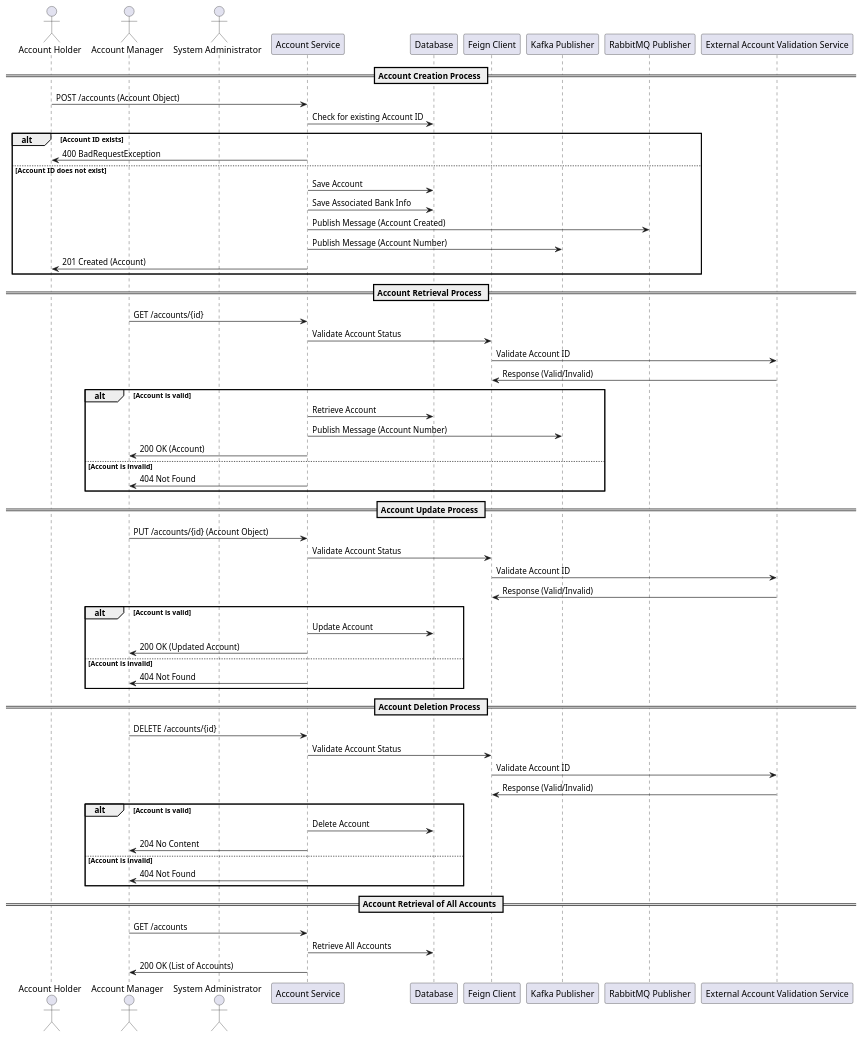
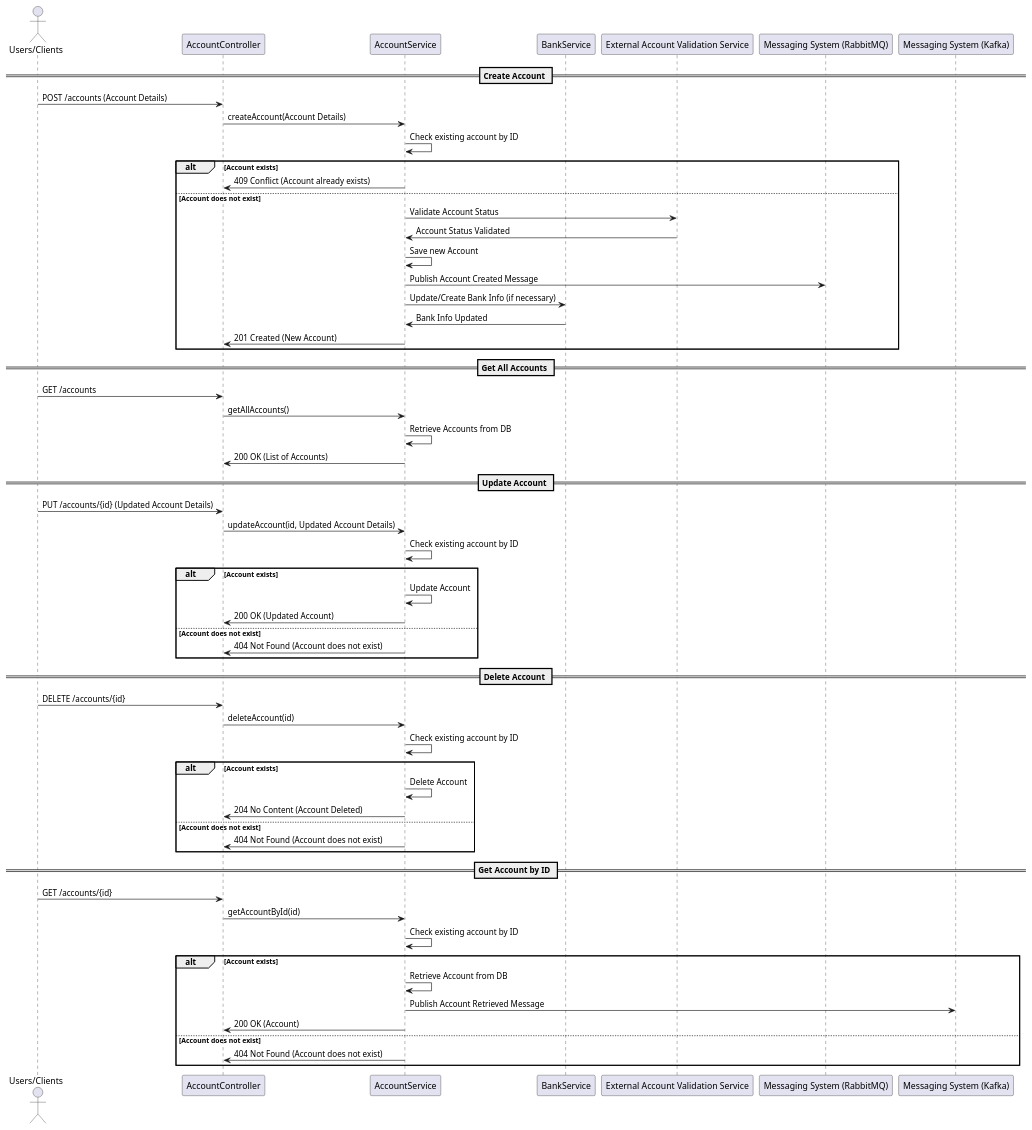
The diagram in design_document/Account_service.md (Bhaskar-Pavan/AccountService), drawn with PlantUML before and after one commit. The commit also changed other lines of this file, not shown here.

````diff
--- a/design_document/Account_service.md
+++ b/design_document/Account_service.md
@@ -39,69 +47,68 @@
 ```plantuml
 @startuml
-actor "Account Holder" as AH
-actor "Account Manager" as AM
-actor "System Administrator" as SA
-participant "Account Service" as AS
-participant "Database" as DB
-participant "Feign Client" as FC
-participant "Kafka Publisher" as KP
-participant "RabbitMQ Publisher" as RP
+actor User as "Users/Clients"
+participant "AccountController" as AC
+participant "AccountService" as AS
+participant "BankService" as BS
 participant "External Account Validation Service" as EAVS
+participant "Messaging System (RabbitMQ)" as RMQ
+participant "Messaging System (Kafka)" as KAFKA
 
-== Account Creation Process ==
-AH -> AS : POST /accounts (Account Object)
-AS -> DB : Check for existing Account ID
-alt Account ID exists
-    AS -> AH : 400 BadRequestException
-else Account ID does not exist
-    AS -> DB : Save Account
-    AS -> DB : Save Associated Bank Info
-    AS -> RP : Publish Message (Account Created)
-    AS -> KP : Publish Message (Account Number)
-    AS -> AH : 201 Created (Account)
+== Create Account ==
+User -> AC: POST /accounts (Account Details)
+AC -> AS: createAccount(Account Details)
+AS -> AS: Check existing account by ID
+alt Account exists
+    AS -> AC: 409 Conflict (Account already exists)
+else Account does not exist
+    AS -> EAVS: Validate Account Status
+    EAVS -> AS: Account Status Validated
+    AS -> AS: Save new Account
+    AS -> RMQ: Publish Account Created Message
+    AS -> BS: Update/Create Bank Info (if necessary)
+    BS -> AS: Bank Info Updated
+    AS -> AC: 201 Created (New Account)
 end
 
-== Account Retrieval Process ==
-AM -> AS : GET /accounts/{id}
-AS -> FC : Validate Account Status
-FC -> EAVS : Validate Account ID
-EAVS -> FC : Response (Valid/Invalid)
-alt Account is valid
-    AS -> DB : Retrieve Account
-    AS -> KP : Publish Message (Account Number)
-    AS -> AM : 200 OK (Account)
-else Account is invalid
-    AS -> AM : 404 Not Found
+== Get All Accounts ==
+User -> AC: GET /accounts
+AC -> AS: getAllAccounts()
+AS -> AS: Retrieve Accounts from DB
+AS -> AC: 200 OK (List of Accounts)
+
+== Update Account ==
+User -> AC: PUT /accounts/{id} (Updated Account Details)
+AC -> AS: updateAccount(id, Updated Account Details)
+AS -> AS: Check existing account by ID
+alt Account exists
+    AS -> AS: Update Account
+    AS -> AC: 200 OK (Updated Account)
+else Account does not exist
+    AS -> AC: 404 Not Found (Account does not exist)
 end
 
-== Account Update Process ==
-AM -> AS : PUT /accounts/{id} (Account Object)
-AS -> FC : Validate Account Status
-FC -> EAVS : Validate Account ID
-EAVS -> FC : Response (Valid/Invalid)
-alt Account is valid
-    AS -> DB : Update Account
-    AS -> AM : 200 OK (Updated Account)
-else Account is invalid
-    AS -> AM : 404 Not Found
+== Delete Account ==
+User -> AC: DELETE /accounts/{id}
+AC -> AS: deleteAccount(id)
+AS -> AS: Check existing account by ID
+alt Account exists
+    AS -> AS: Delete Account
+    AS -> AC: 204 No Content (Account Deleted)
+else Account does not exist
+    AS -> AC: 404 Not Found (Account does not exist)
 end
 
-== Account Deletion Process ==
-AM -> AS : DELETE /accounts/{id}
-AS -> FC : Validate Account Status
-FC -> EAVS : Validate Account ID
-EAVS -> FC : Response (Valid/Invalid)
-alt Account is valid
-    AS -> DB : Delete Account
-    AS -> AM : 204 No Content
-else Account is invalid
-    AS -> AM : 404 Not Found
+== Get Account by ID ==
+User -> AC: GET /accounts/{id}
+AC -> AS: getAccountById(id)
+AS -> AS: Check existing account by ID
+alt Account exists
+    AS -> AS: Retrieve Account from DB
+    AS -> KAFKA: Publish Account Retrieved Message
+    AS -> AC: 200 OK (Account)
+else Account does not exist
+    AS -> AC: 404 Not Found (Account does not exist)
 end
-
-== Account Retrieval of All Accounts ==
-AM -> AS : GET /accounts
-AS -> DB : Retrieve All Accounts
-AS -> AM : 200 OK (List of Accounts)
 
 @enduml
 ```
````
